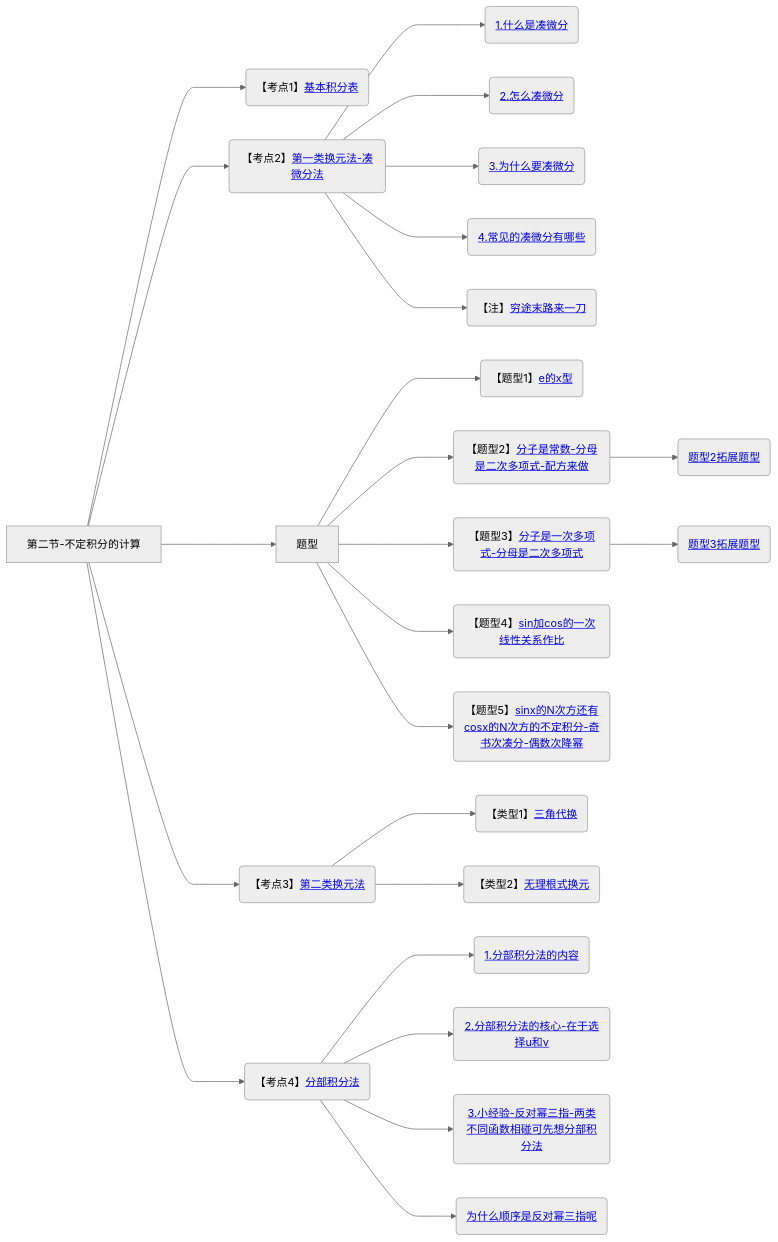
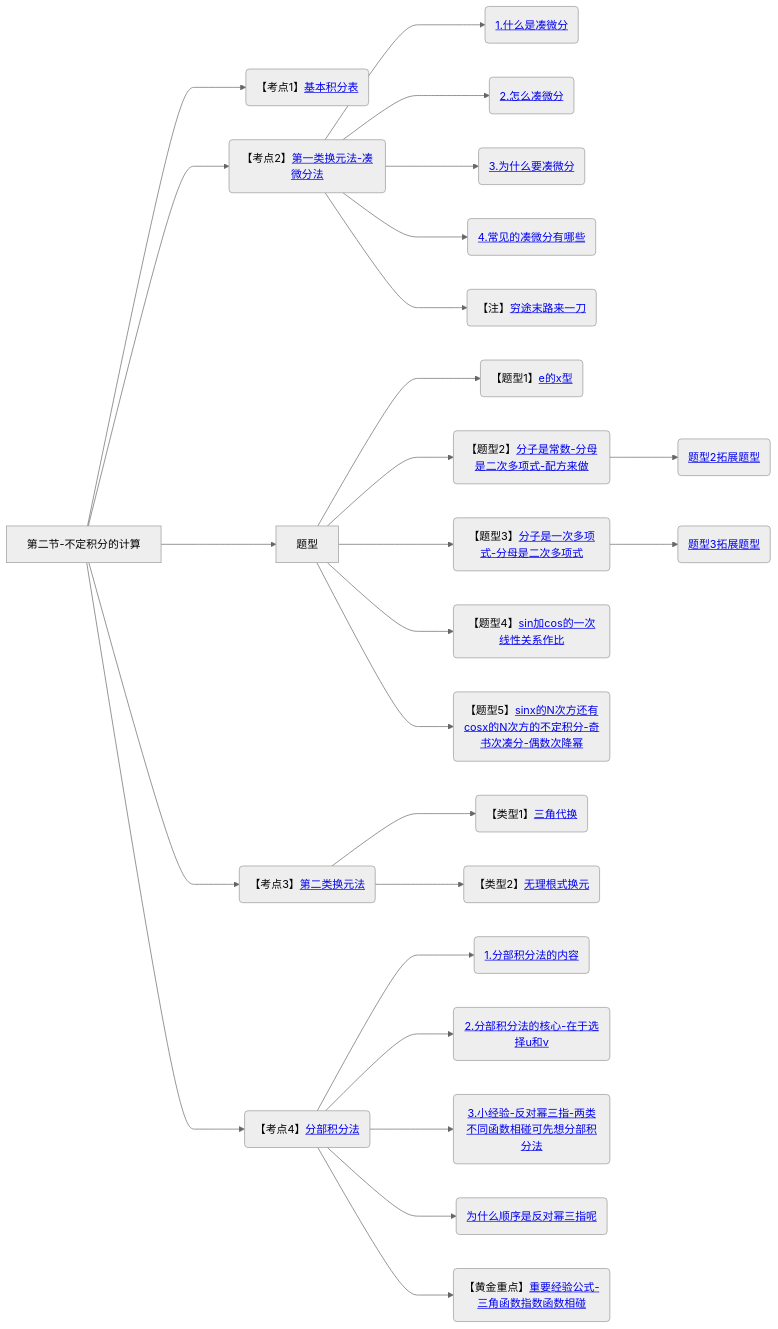
Diagram 18 of 18 in 笔记/数学/周洋鑫/01.基础班思维导图.md (yuebinghui/note), drawn with Mermaid (neutral theme) before and after one commit. The commit also changed other lines of this file and 4 other files, not shown here.

````diff
--- a/笔记/数学/周洋鑫/01.基础班思维导图.md
+++ b/笔记/数学/周洋鑫/01.基础班思维导图.md
@@ -625,32 +625,33 @@
 ```mermaid
 graph LR
 第二节-不定积分的计算
 
 第二节-不定积分的计算--->基本积分表(【考点1】<a href="/Users/yuebinghui/Documents/program/github/note/笔记/数学/周洋鑫/基础班/18.不定积分_1.md#基本积分表">基本积分表</>)
 
 第二节-不定积分的计算--->第一类换元法-凑微分法(【考点2】<a href="/Users/yuebinghui/Documents/program/github/note/笔记/数学/周洋鑫/基础班/18.不定积分_1.md#第一类换元法-凑微分法">第一类换元法-凑微分法</>)
 第一类换元法-凑微分法--->1.什么是凑微分(<a href="/Users/yuebinghui/Documents/program/github/note/笔记/数学/周洋鑫/基础班/18.不定积分_1.md#1.什么是凑微分">1.什么是凑微分</>)
 第一类换元法-凑微分法--->2.怎么凑微分(<a href="/Users/yuebinghui/Documents/program/github/note/笔记/数学/周洋鑫/基础班/18.不定积分_1.md#2.怎么凑微分">2.怎么凑微分</>)
 第一类换元法-凑微分法--->3.为什么要凑微分(<a href="/Users/yuebinghui/Documents/program/github/note/笔记/数学/周洋鑫/基础班/18.不定积分_1.md#3.为什么要凑微分">3.为什么要凑微分</>)
 第一类换元法-凑微分法--->4.常见的凑微分有哪些(<a href="/Users/yuebinghui/Documents/program/github/note/笔记/数学/周洋鑫/基础班/18.不定积分_1.md#4.常见的凑微分有哪些">4.常见的凑微分有哪些</>)
 第一类换元法-凑微分法--->穷途末路来一刀(【注】<a href="/Users/yuebinghui/Documents/program/github/note/笔记/数学/周洋鑫/基础班/18.不定积分_1.md#穷途末路来一刀">穷途末路来一刀</>)
 
 第二节-不定积分的计算--->题型
 题型--->e的x型(【题型1】<a href="/Users/yuebinghui/Documents/program/github/note/笔记/数学/周洋鑫/基础班/18.不定积分_1.md#e的x型">e的x型</>)
 题型--->分子是常数-分母是二次多项式-配方来做(【题型2】<a href="/Users/yuebinghui/Documents/program/github/note/笔记/数学/周洋鑫/基础班/19.不定积分_2.md#分子是常数-分母是二次多项式-配方来做">分子是常数-分母是二次多项式-配方来做</>)
 分子是常数-分母是二次多项式-配方来做--->题型2拓展题型(<a href="/Users/yuebinghui/Documents/program/github/note/笔记/数学/周洋鑫/基础班/19.不定积分_2.md#题型2拓展题型">题型2拓展题型</>)
 题型--->分子是一次多项式-分母是二次多项式(【题型3】<a href="/Users/yuebinghui/Documents/program/github/note/笔记/数学/周洋鑫/基础班/19.不定积分_2.md#分子是一次多项式-分母是二次多项式">分子是一次多项式-分母是二次多项式</>)
 分子是一次多项式-分母是二次多项式--->题型3拓展题型(<a href="/Users/yuebinghui/Documents/program/github/note/笔记/数学/周洋鑫/基础班/19.不定积分_2.md#题型3拓展题型">题型3拓展题型</>)
 题型--->sin加cos的一次线性关系作比(【题型4】<a href="/Users/yuebinghui/Documents/program/github/note/笔记/数学/周洋鑫/基础班/19.不定积分_2.md#sin加cos的一次线性关系作比">sin加cos的一次线性关系作比</>)
 题型--->sinx的N次方还有cosx的N次方的不定积分-奇书次凑分-偶数次降幂(【题型5】<a href="/Users/yuebinghui/Documents/program/github/note/笔记/数学/周洋鑫/基础班/19.不定积分_2.md#sinx的N次方还有cosx的N次方的不定积分-奇书次凑分-偶数次降幂">sinx的N次方还有cosx的N次方的不定积分-奇书次凑分-偶数次降幂</>)
 
 第二节-不定积分的计算--->第二类换元法(【考点3】<a href="/Users/yuebinghui/Documents/program/github/note/笔记/数学/周洋鑫/基础班/19.不定积分_2.md#第二类换元法">第二类换元法</>)
 第二类换元法--->三角代换(【类型1】<a href="/Users/yuebinghui/Documents/program/github/note/笔记/数学/周洋鑫/基础班/19.不定积分_2.md#三角代换">三角代换</>)
 第二类换元法--->无理根式换元(【类型2】<a href="/Users/yuebinghui/Documents/program/github/note/笔记/数学/周洋鑫/基础班/19.不定积分_2.md#无理根式换元">无理根式换元</>)
 
 第二节-不定积分的计算--->分部积分法(【考点4】<a href="/Users/yuebinghui/Documents/program/github/note/笔记/数学/周洋鑫/基础班/19.不定积分_2.md#分部积分法">分部积分法</>)
 分部积分法--->1.分部积分法的内容(<a href="/Users/yuebinghui/Documents/program/github/note/笔记/数学/周洋鑫/基础班/19.不定积分_2.md#1.分部积分法的内容">1.分部积分法的内容</>)
 分部积分法--->2.分部积分法的核心-在于选择u和v(<a href="/Users/yuebinghui/Documents/program/github/note/笔记/数学/周洋鑫/基础班/19.不定积分_2.md#2.分部积分法的核心-在于选择u和v">2.分部积分法的核心-在于选择u和v</>)
 分部积分法--->3.小经验-反对幂三指-两类不同函数相碰可先想分部积分法(<a href="/Users/yuebinghui/Documents/program/github/note/笔记/数学/周洋鑫/基础班/19.不定积分_2.md#3.小经验-反对幂三指-两类不同函数相碰可先想分部积分法">3.小经验-反对幂三指-两类不同函数相碰可先想分部积分法</>)
 分部积分法--->为什么顺序是反对幂三指呢(<a href="/Users/yuebinghui/Documents/program/github/note/笔记/数学/周洋鑫/基础班/19.不定积分_2.md#为什么顺序是反对幂三指呢">为什么顺序是反对幂三指呢</>)
+分部积分法--->重要经验公式-三角函数指数函数相碰(【黄金重点】<a href="/Users/yuebinghui/Documents/program/github/note/笔记/数学/周洋鑫/基础班/19.不定积分_2.md#重要经验公式-三角函数指数函数相碰">重要经验公式-三角函数指数函数相碰</>)
 ```
````
